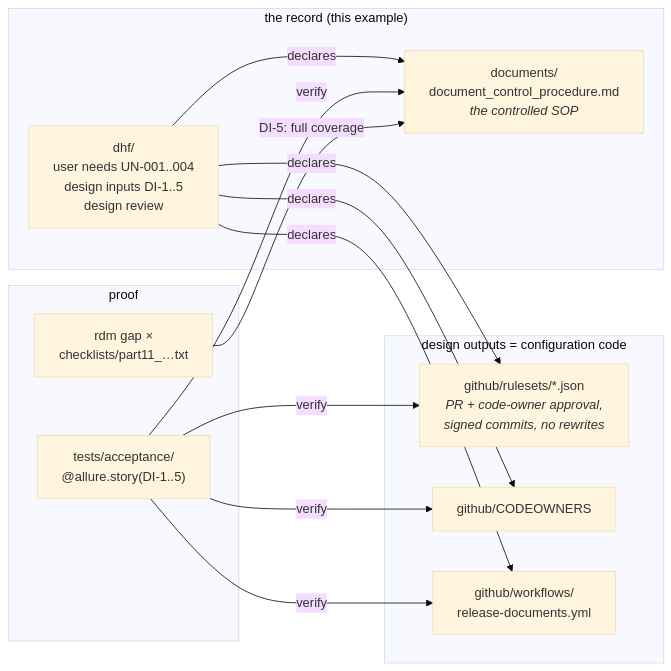
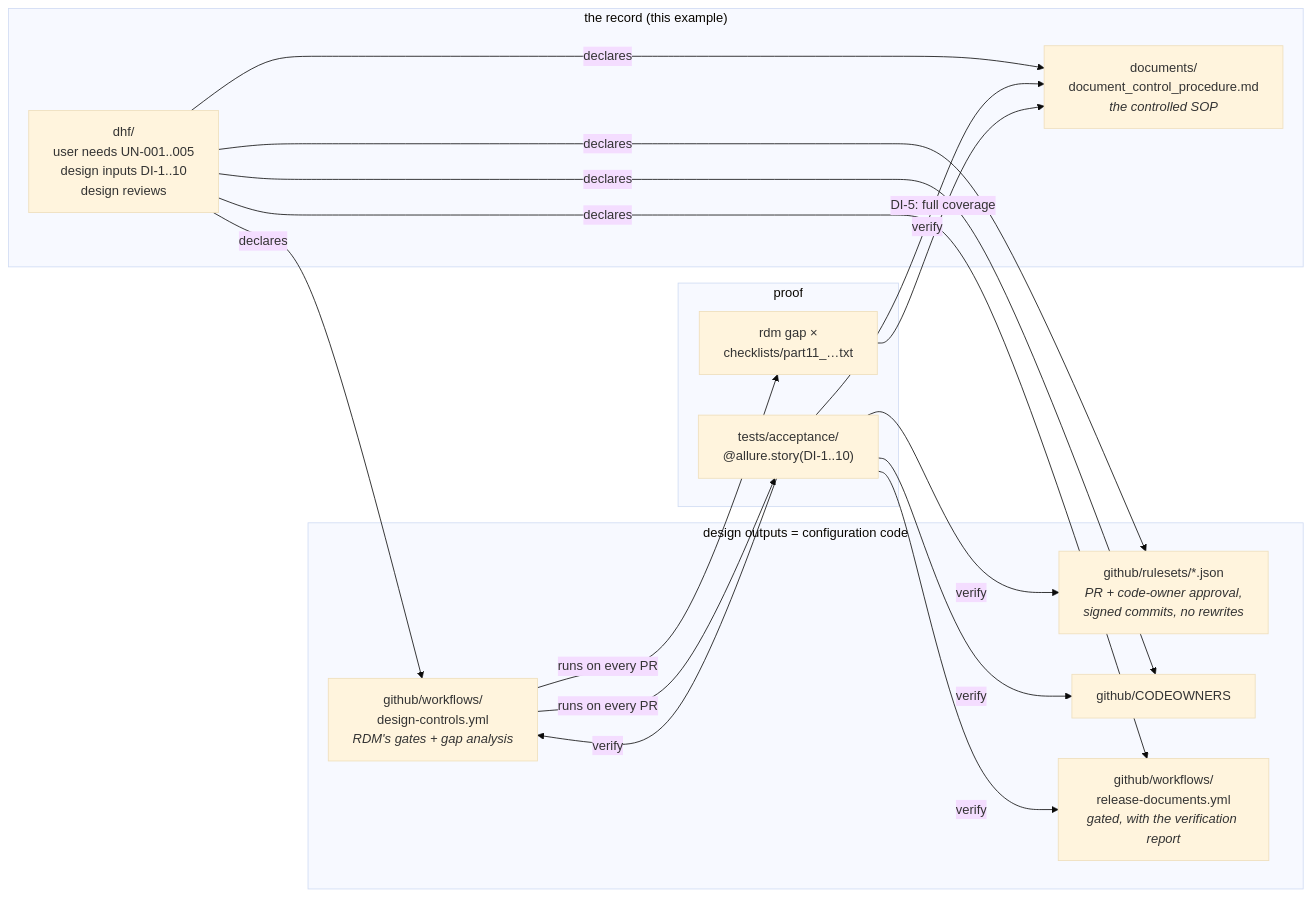
One commit to scope-impact/rdm changed the diagram in examples/github-document-control/README.md. Above: the diagram before and after it, drawn with Mermaid (base theme). The commit also changed other lines of this file and 12 other files, not shown here.

````diff
--- a/examples/github-document-control/README.md
+++ b/examples/github-document-control/README.md
@@ -11,19 +12,21 @@
 ```mermaid
 flowchart LR
     subgraph record["the record (this example)"]
         SOP["documents/<br>document_control_procedure.md<br><i>the controlled SOP</i>"]
-        DHF["dhf/<br>user needs UN-001..004<br>design inputs DI-1..5<br>design review"]
+        DHF["dhf/<br>user needs UN-001..005<br>design inputs DI-1..10<br>design reviews"]
     end
     subgraph outputs["design outputs = configuration code"]
         RULES["github/rulesets/*.json<br><i>PR + code-owner approval,<br>signed commits, no rewrites</i>"]
         OWNERS["github/CODEOWNERS"]
-        REL["github/workflows/<br>release-documents.yml"]
+        CI["github/workflows/<br>design-controls.yml<br><i>RDM's gates + gap analysis</i>"]
+        REL["github/workflows/<br>release-documents.yml<br><i>gated, with the verification report</i>"]
     end
     subgraph proof["proof"]
-        TESTS["tests/acceptance/<br>@allure.story(DI-1..5)"]
+        TESTS["tests/acceptance/<br>@allure.story(DI-1..10)"]
         GAP["rdm gap ×<br>checklists/part11_…txt"]
     end
-    DHF -->|declares| RULES & OWNERS & REL & SOP
-    TESTS -->|verify| RULES & OWNERS & REL & SOP
+    DHF -->|declares| RULES & OWNERS & CI & REL & SOP
+    TESTS -->|verify| RULES & OWNERS & CI & REL & SOP
+    CI -->|runs on every PR| TESTS & GAP
     GAP -->|DI-5: full coverage| SOP
 ```
````
